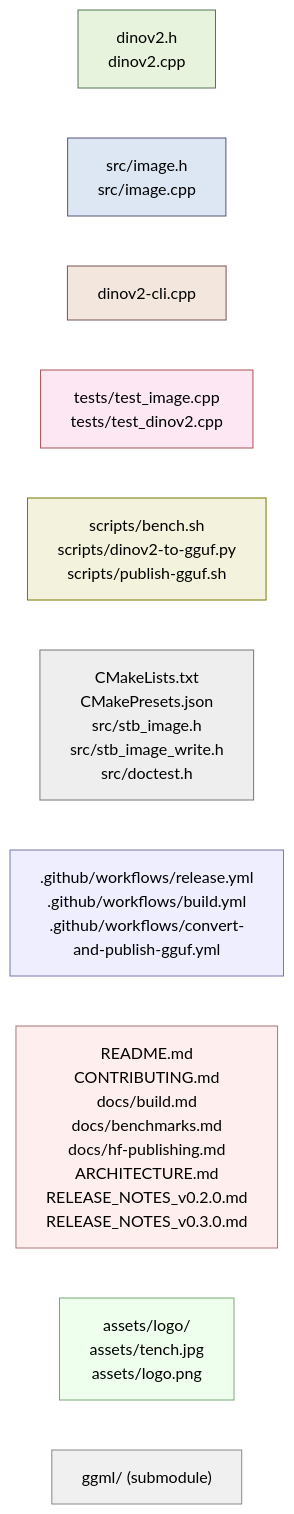
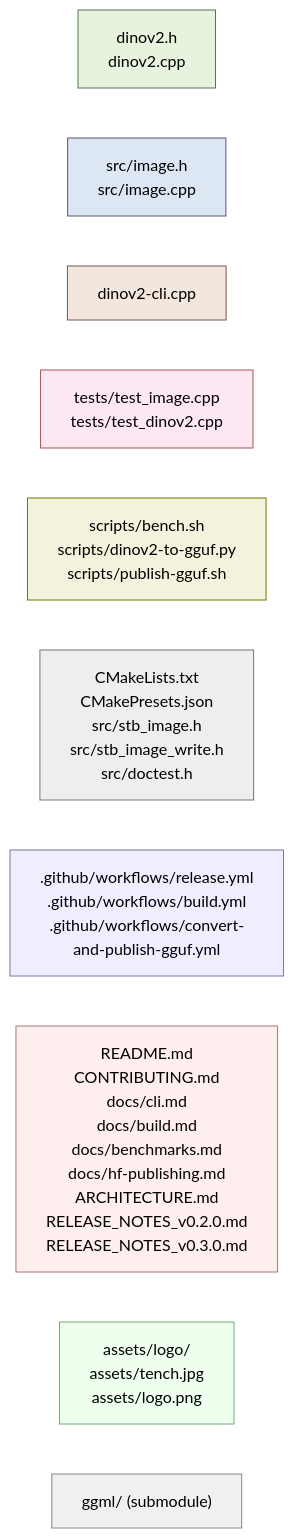
The second of 4 diagrams in ARCHITECTURE.md (espetro/dinov2.cpp), drawn with Mermaid before and after one commit. The commit also changed other lines of this file and 4 other files, not shown here.

````diff
--- a/ARCHITECTURE.md
+++ b/ARCHITECTURE.md
@@ -49,35 +49,35 @@
 ```mermaid
 graph LR
     classDef core  fill:#e7f3dd,stroke:#575,color:#000;
     classDef lib   fill:#dde7f3,stroke:#557,color:#000;
     classDef cli   fill:#f3e7dd,stroke:#755,color:#000;
     classDef test  fill:#fde7f3,stroke:#a55,color:#000;
     classDef tool  fill:#f3f3dd,stroke:#770,color:#000;
     classDef build fill:#eee,stroke:#777,color:#000;
     classDef ci    fill:#eef,stroke:#77a,color:#000;
     classDef doc   fill:#fee,stroke:#a77,color:#000;
     classDef asset fill:#efe,stroke:#7a7,color:#000;
     classDef sub   fill:#f0f0f0,stroke:#888,color:#000;
 
     Core["dinov2.h<br/>dinov2.cpp"]
     Lib["src/image.h<br/>src/image.cpp"]
     CLI["dinov2-cli.cpp"]
     Test["tests/test_image.cpp<br/>tests/test_dinov2.cpp"]
     Tool["scripts/bench.sh<br/>scripts/dinov2-to-gguf.py<br/>scripts/publish-gguf.sh"]
     Build["CMakeLists.txt<br/>CMakePresets.json<br/>src/stb_image.h<br/>src/stb_image_write.h<br/>src/doctest.h"]
     CI[".github/workflows/release.yml<br/>.github/workflows/build.yml<br/>.github/workflows/convert-and-publish-gguf.yml"]
-    Doc["README.md<br/>CONTRIBUTING.md<br/>docs/build.md<br/>docs/benchmarks.md<br/>docs/hf-publishing.md<br/>ARCHITECTURE.md<br/>RELEASE_NOTES_v0.2.0.md<br/>RELEASE_NOTES_v0.3.0.md"]
+    Doc["README.md<br/>CONTRIBUTING.md<br/>docs/cli.md<br/>docs/build.md<br/>docs/benchmarks.md<br/>docs/hf-publishing.md<br/>ARCHITECTURE.md<br/>RELEASE_NOTES_v0.2.0.md<br/>RELEASE_NOTES_v0.3.0.md"]
     Asset["assets/logo/<br/>assets/tench.jpg<br/>assets/logo.png"]
     Sub["ggml/ (submodule)"]
 
     class Core core
     class Lib lib
     class CLI cli
     class Test test
     class Tool tool
     class Build build
     class CI ci
     class Doc doc
     class Asset asset
     class Sub sub
 ```
````
